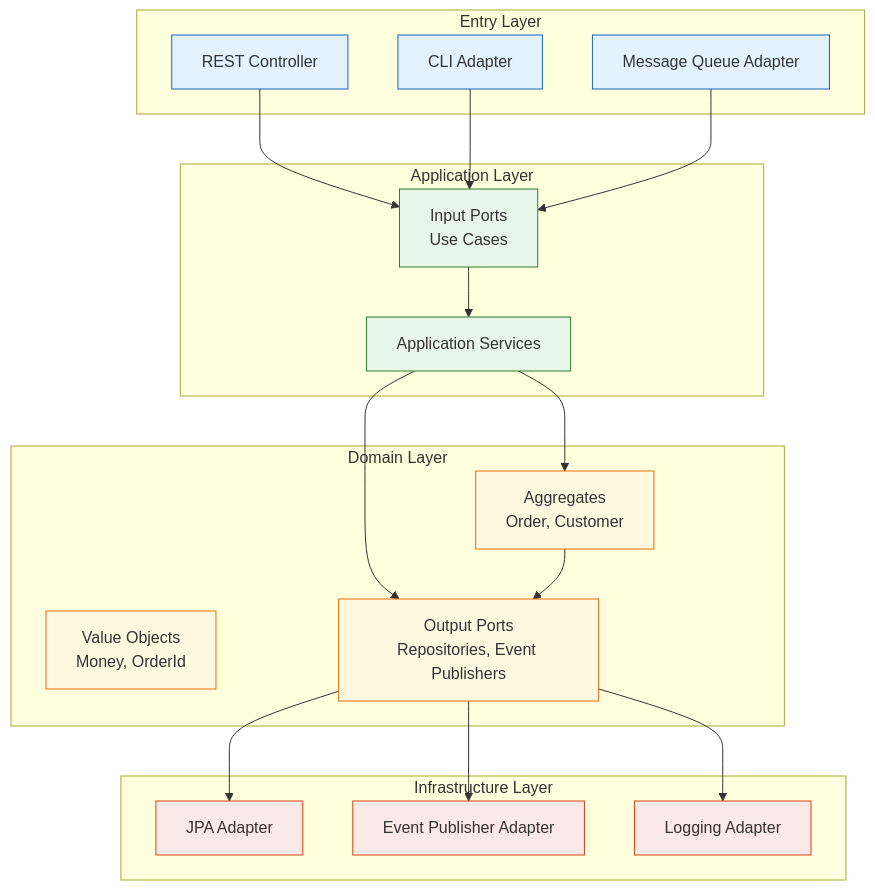
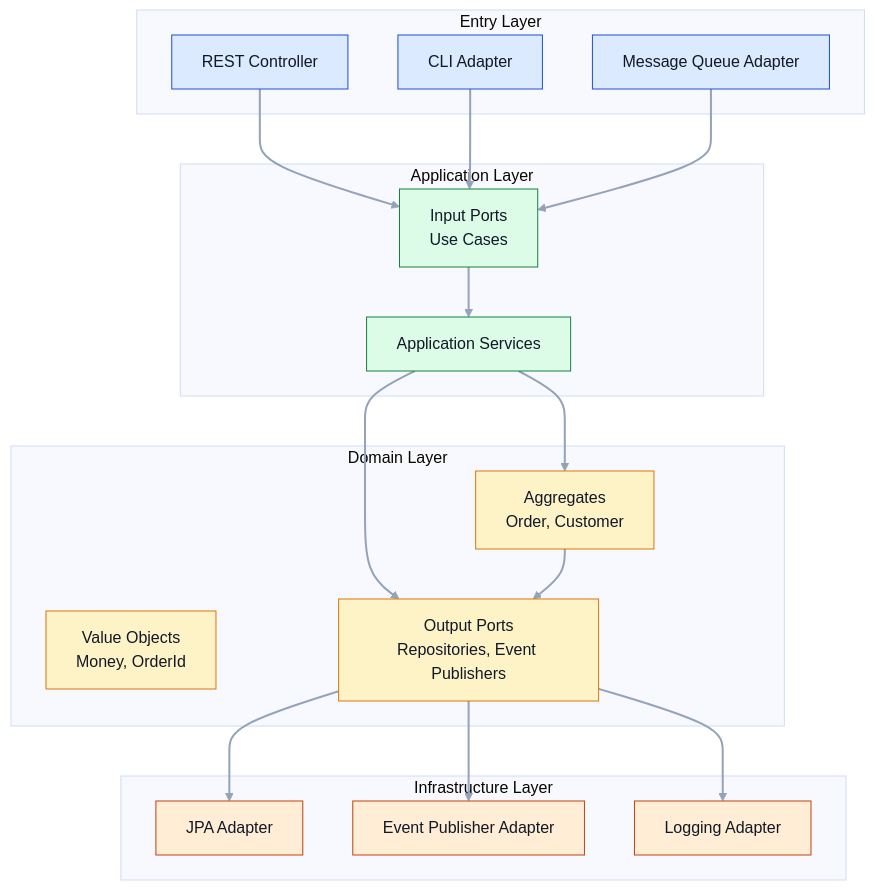
One commit to VirtualCave/modern-architecture-patterns changed the fourth of 7 diagrams in README.md. Above: the diagram before and after it, drawn with Mermaid. The commit also changed other lines of this file and 4 other files, not shown here.

````diff
--- a/README.md
+++ b/README.md
@@ -441,46 +498,49 @@
 ```mermaid
+%%{init: {'theme':'base','themeVariables': {'background':'transparent','primaryTextColor':'#111827','lineColor':'#94A3B8'}}}%%
 graph TB
     subgraph "Entry Layer"
         REST[REST Controller]
         CLI[CLI Adapter]
         MQ[Message Queue Adapter]
     end
     
     subgraph "Application Layer"
         InputPorts[Input Ports<br/>Use Cases]
         AppServices[Application Services]
     end
     
     subgraph "Domain Layer"
         Aggregates[Aggregates<br/>Order, Customer]
         VOs[Value Objects<br/>Money, OrderId]
         OutputPorts[Output Ports<br/>Repositories, Event Publishers]
     end
     
     subgraph "Infrastructure Layer"
         JPA[JPA Adapter]
         EventPublisher[Event Publisher Adapter]
         Log[Logging Adapter]
     end
     
     REST --> InputPorts
     CLI --> InputPorts
     MQ --> InputPorts
     InputPorts --> AppServices
     AppServices --> Aggregates
     AppServices --> OutputPorts
     Aggregates --> OutputPorts
     OutputPorts --> JPA
     OutputPorts --> EventPublisher
     OutputPorts --> Log
+
+    linkStyle default stroke:#94A3B8,stroke-width:2px;
     
-    classDef entry fill:#E3F2FD,stroke:#1565C0
-    classDef app fill:#E8F5E9,stroke:#2E7D32
-    classDef domain fill:#FFF8E1,stroke:#EF6C00
-    classDef infra fill:#FBE9E7,stroke:#D84315
+    classDef entry fill:#DBEAFE,stroke:#1D4ED8,stroke-width:1px,color:#111827;
+    classDef app fill:#DCFCE7,stroke:#15803D,stroke-width:1px,color:#111827;
+    classDef domain fill:#FEF3C7,stroke:#D97706,stroke-width:1px,color:#111827;
+    classDef infra fill:#FFEDD5,stroke:#C2410C,stroke-width:1px,color:#111827;
     
     class REST,CLI,MQ entry
     class InputPorts,AppServices app
     class Aggregates,VOs,OutputPorts domain
     class JPA,EventPublisher,Log infra
 ```
````
